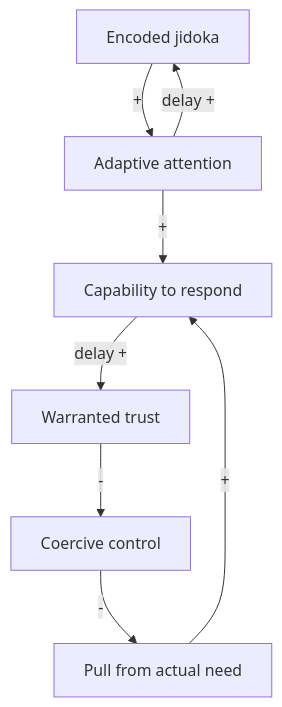
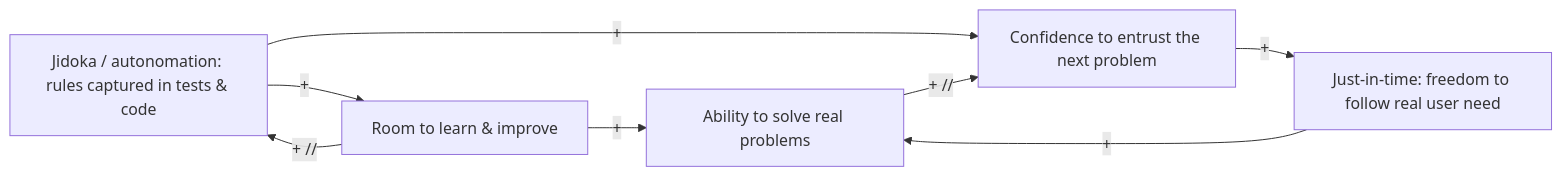
Before and after one commit to terryyin/terry-talks: the first of 2 diagrams in TPS and AI/claims/22-tps-less-ai-cld.md, drawn with Mermaid. The commit also changed other lines of this file and 8 other files, not shown here.

````diff
--- a/TPS and AI/claims/22-tps-less-ai-cld.md
+++ b/TPS and AI/claims/22-tps-less-ai-cld.md
@@ -93,17 +137,16 @@
 ```mermaid
-flowchart TB
-  EJ[Encoded jidoka]
-  AA[Adaptive attention]
-  CAP[Capability to respond]
-  WT[Warranted trust]
-  CC[Coercive control]
-  PULL[Pull from actual need]
+flowchart LR
+  EJ[Jidoka / autonomation: rules captured in tests & code]
+  AA[Room to learn & improve]
+  CAP[Ability to solve real problems]
+  WT[Confidence to entrust the next problem]
+  PULL[Just-in-time: freedom to follow real user need]
 
   EJ -->|"+"| AA
-  AA -->|"delay +"| EJ
+  AA -->|"+ //"| EJ
   AA -->|"+"| CAP
-  CAP -->|"delay +"| WT
-  WT -->|"-"| CC
-  CC -->|"-"| PULL
+  EJ -->|"+"| WT
+  CAP -->|"+ //"| WT
+  WT -->|"+"| PULL
   PULL -->|"+"| CAP
 ```
````
